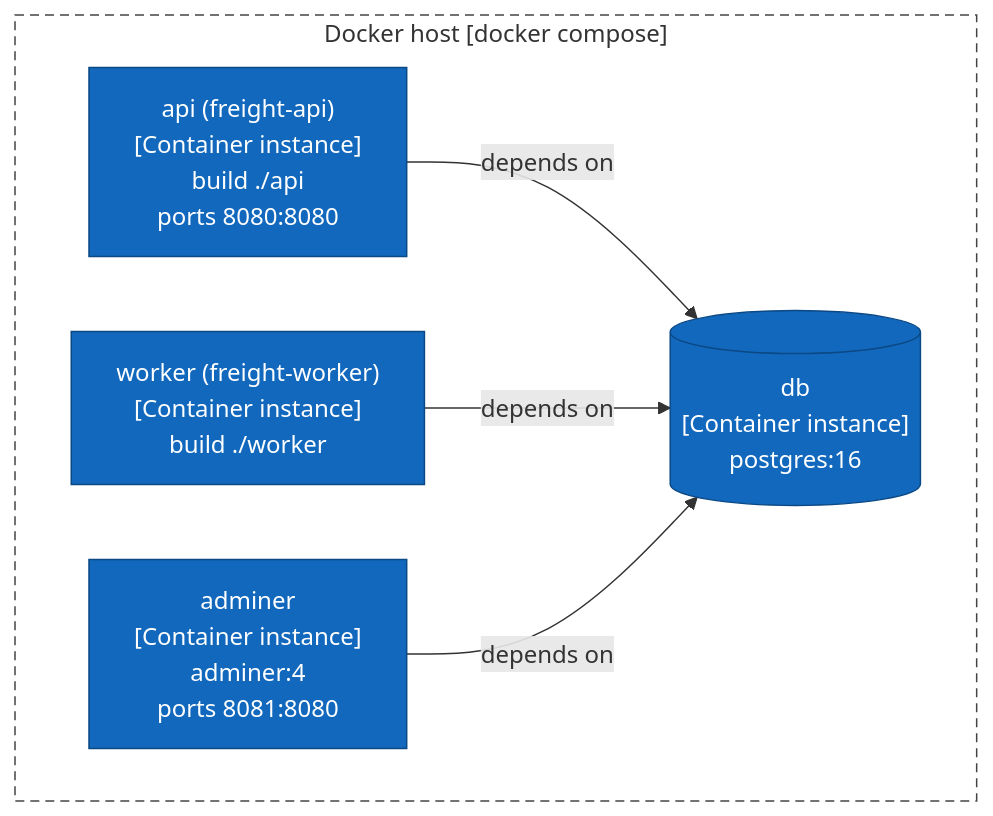
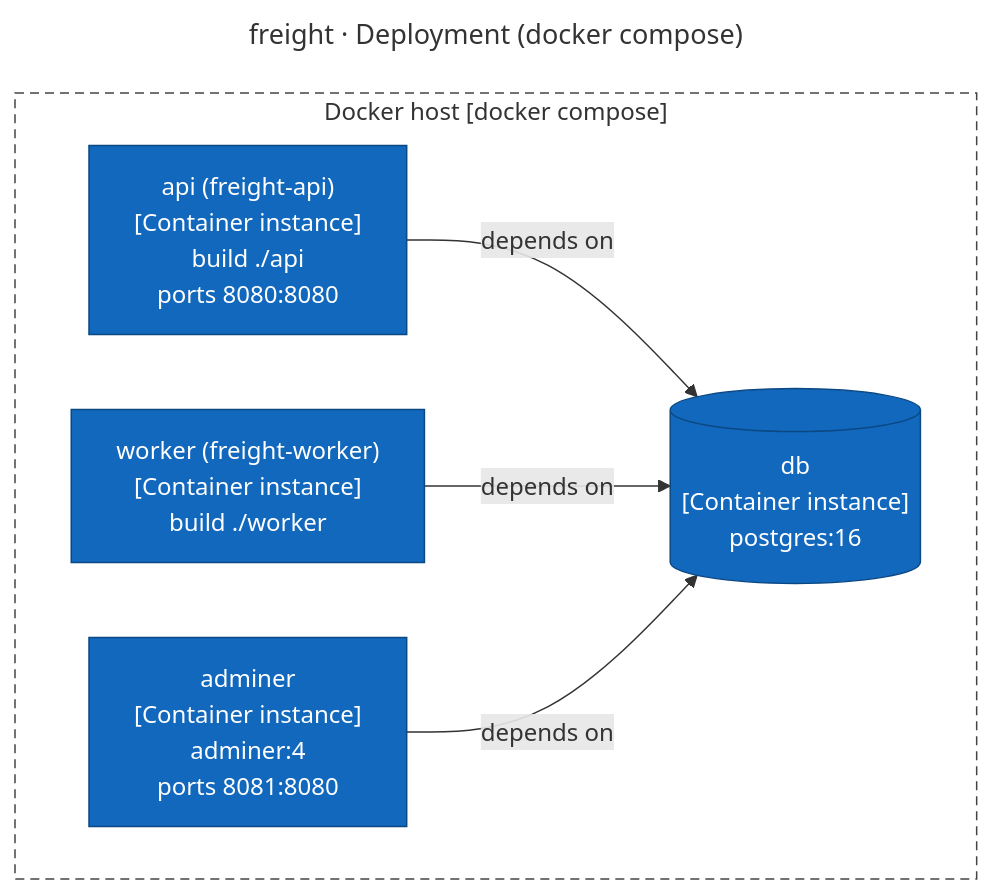
Before and after one commit to ythalorossy/architecture-skills: the fourth of 5 diagrams in tests/golden/freight/output/ArchitectureReport.md, drawn with Mermaid. The commit also changed other lines of this file and 4 other files, not shown here.

````diff
--- a/tests/golden/freight/output/ArchitectureReport.md
+++ b/tests/golden/freight/output/ArchitectureReport.md
@@ -118,20 +145,23 @@
 ```mermaid
+---
+title: "freight · Deployment (docker compose)"
+---
 flowchart TB
     subgraph host["Docker host [docker compose]"]
         svc_db[("db<br/>[Container instance]<br/>postgres:16")]
         svc_api["api (freight-api)<br/>[Container instance]<br/>build ./api<br/>ports 8080:8080"]
         svc_worker["worker (freight-worker)<br/>[Container instance]<br/>build ./worker"]
         svc_adminer["adminer<br/>[Container instance]<br/>adminer:4<br/>ports 8081:8080"]
     end
     svc_api -->|"depends on"| svc_db
     svc_worker -->|"depends on"| svc_db
     svc_adminer -->|"depends on"| svc_db
     classDef person fill:#08427b,stroke:#052e56,color:#ffffff
     classDef container fill:#1168bd,stroke:#0b4884,color:#ffffff
     classDef system fill:#1168bd,stroke:#0b4884,color:#ffffff
     classDef component fill:#85bbf0,stroke:#5d82a8,color:#000000
     classDef external fill:#999999,stroke:#6b6b6b,color:#ffffff
     classDef shared fill:#dbe9f6,stroke:#5d82a8,color:#000000,stroke-dasharray:4 3
     class svc_db,svc_api,svc_worker,svc_adminer container
     style host fill:none,stroke:#444444,stroke-dasharray:6 4
 ```
````
